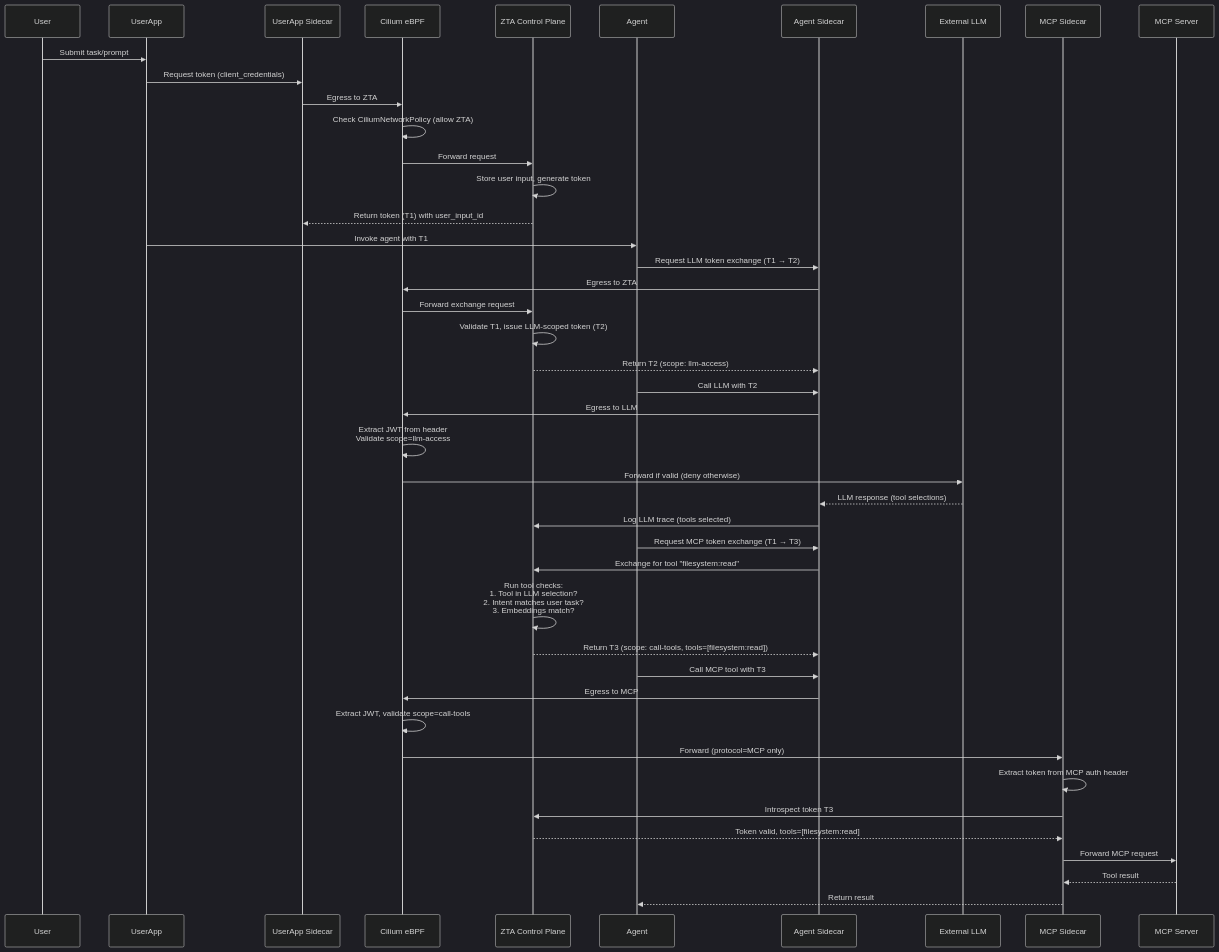
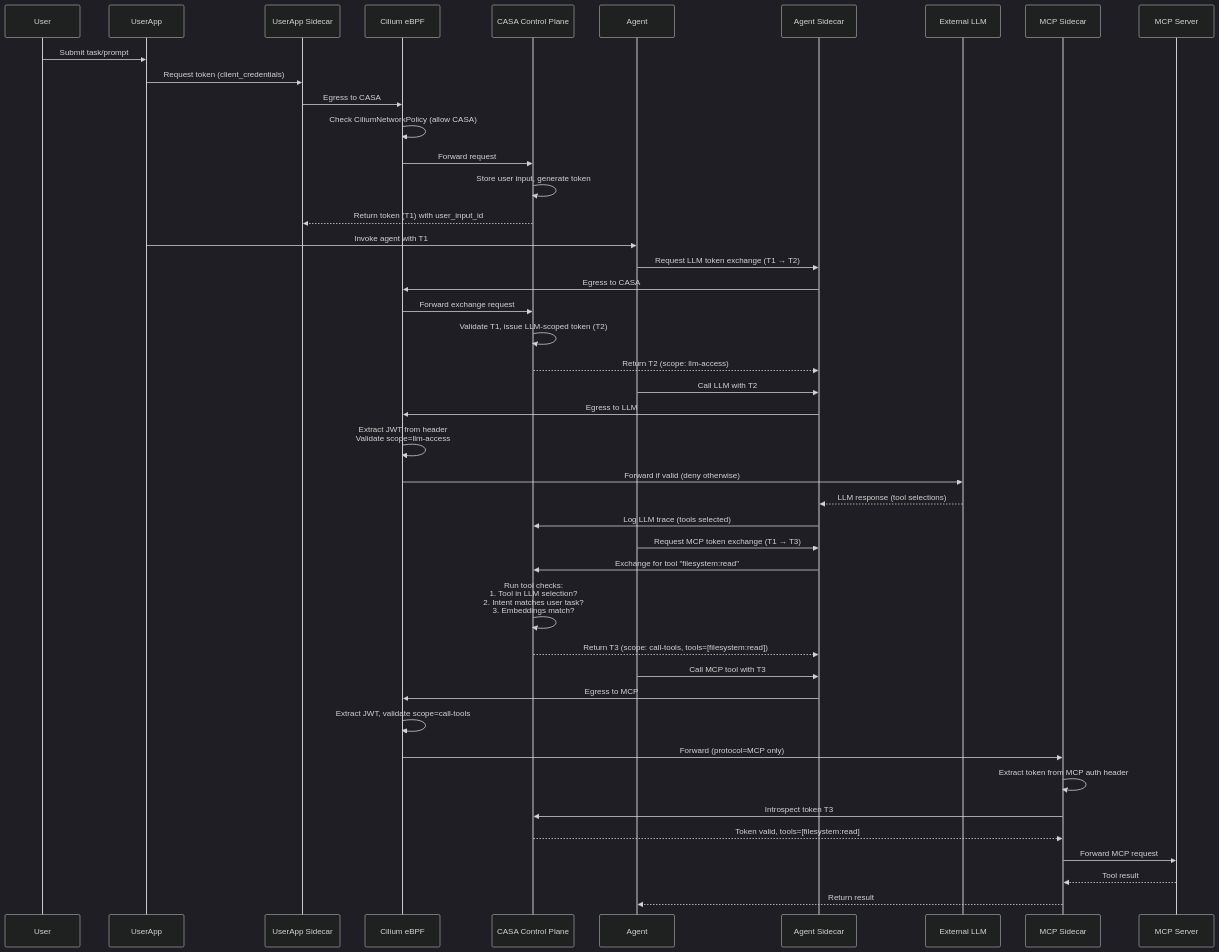
One commit to outshift-open/CASA changed the third of 16 diagrams in contrib/wip/it1/SPECS.md. Above: the diagram before and after it, drawn with Mermaid (dark theme). The commit also changed other lines of this file and 294 other files, not shown here.

Commit message:
feat: Rename from ZTA to CASA

````diff
--- a/contrib/wip/it1/SPECS.md
+++ b/contrib/wip/it1/SPECS.md
@@ -199,51 +199,51 @@
 ```mermaid
 sequenceDiagram
     participant User
     participant UserApp
     participant UASidecar as UserApp Sidecar
     participant eBPF as Cilium eBPF
-    participant ZTA as ZTA Control Plane
+    participant CASA as CASA Control Plane
     participant Agent
     participant AgentSidecar as Agent Sidecar
     participant LLM as External LLM
     participant MCPSidecar as MCP Sidecar
     participant MCP as MCP Server
 
     User->>UserApp: Submit task/prompt
     UserApp->>UASidecar: Request token (client_credentials)
-    UASidecar->>eBPF: Egress to ZTA
-    eBPF->>eBPF: Check CiliumNetworkPolicy (allow ZTA)
-    eBPF->>ZTA: Forward request
-    ZTA->>ZTA: Store user input, generate token
-    ZTA-->>UASidecar: Return token (T1) with user_input_id
+    UASidecar->>eBPF: Egress to CASA
+    eBPF->>eBPF: Check CiliumNetworkPolicy (allow CASA)
+    eBPF->>CASA: Forward request
+    CASA->>CASA: Store user input, generate token
+    CASA-->>UASidecar: Return token (T1) with user_input_id
 
     UserApp->>Agent: Invoke agent with T1
     Agent->>AgentSidecar: Request LLM token exchange (T1 → T2)
-    AgentSidecar->>eBPF: Egress to ZTA
-    eBPF->>ZTA: Forward exchange request
-    ZTA->>ZTA: Validate T1, issue LLM-scoped token (T2)
-    ZTA-->>AgentSidecar: Return T2 (scope: llm-access)
+    AgentSidecar->>eBPF: Egress to CASA
+    eBPF->>CASA: Forward exchange request
+    CASA->>CASA: Validate T1, issue LLM-scoped token (T2)
+    CASA-->>AgentSidecar: Return T2 (scope: llm-access)
 
     Agent->>AgentSidecar: Call LLM with T2
     AgentSidecar->>eBPF: Egress to LLM
     eBPF->>eBPF: Extract JWT from header<br/>Validate scope=llm-access
     eBPF->>LLM: Forward if valid (deny otherwise)
     LLM-->>AgentSidecar: LLM response (tool selections)
-    AgentSidecar->>ZTA: Log LLM trace (tools selected)
+    AgentSidecar->>CASA: Log LLM trace (tools selected)
 
     Agent->>AgentSidecar: Request MCP token exchange (T1 → T3)
-    AgentSidecar->>ZTA: Exchange for tool "filesystem:read"
-    ZTA->>ZTA: Run tool checks:<br/>1. Tool in LLM selection?<br/>2. Intent matches user task?<br/>3. Embeddings match?
-    ZTA-->>AgentSidecar: Return T3 (scope: call-tools, tools=[filesystem:read])
+    AgentSidecar->>CASA: Exchange for tool "filesystem:read"
+    CASA->>CASA: Run tool checks:<br/>1. Tool in LLM selection?<br/>2. Intent matches user task?<br/>3. Embeddings match?
+    CASA-->>AgentSidecar: Return T3 (scope: call-tools, tools=[filesystem:read])
 
     Agent->>AgentSidecar: Call MCP tool with T3
     AgentSidecar->>eBPF: Egress to MCP
     eBPF->>eBPF: Extract JWT, validate scope=call-tools
     eBPF->>MCPSidecar: Forward (protocol=MCP only)
     MCPSidecar->>MCPSidecar: Extract token from MCP auth header
-    MCPSidecar->>ZTA: Introspect token T3
-    ZTA-->>MCPSidecar: Token valid, tools=[filesystem:read]
+    MCPSidecar->>CASA: Introspect token T3
+    CASA-->>MCPSidecar: Token valid, tools=[filesystem:read]
     MCPSidecar->>MCP: Forward MCP request
     MCP-->>MCPSidecar: Tool result
     MCPSidecar-->>Agent: Return result
 ```
````
